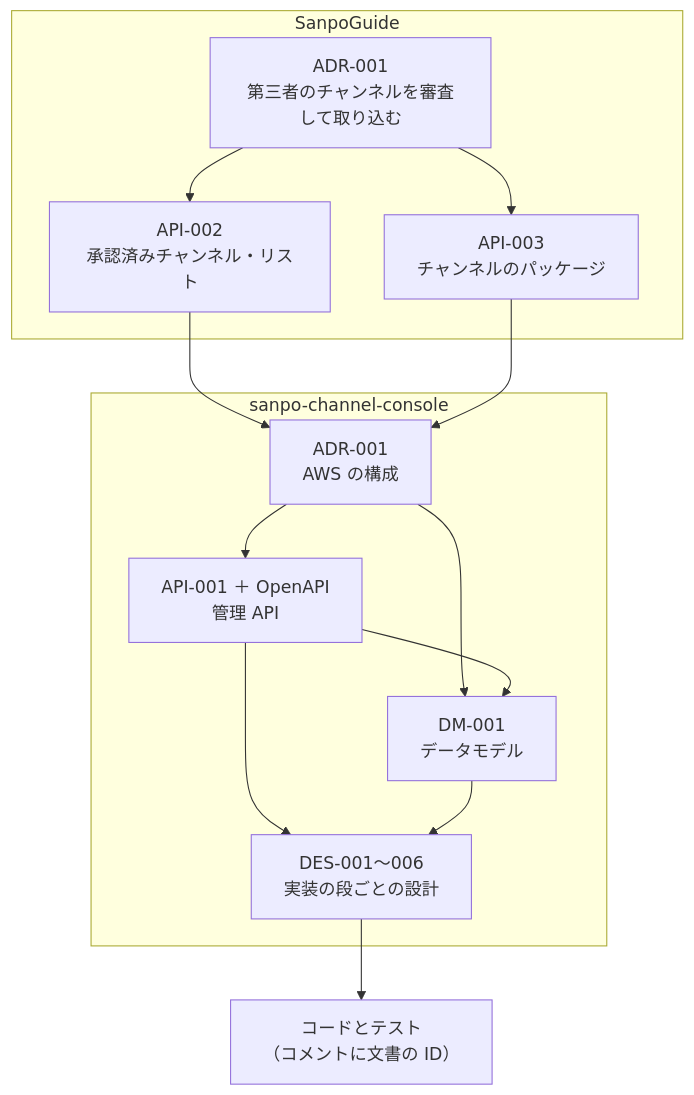
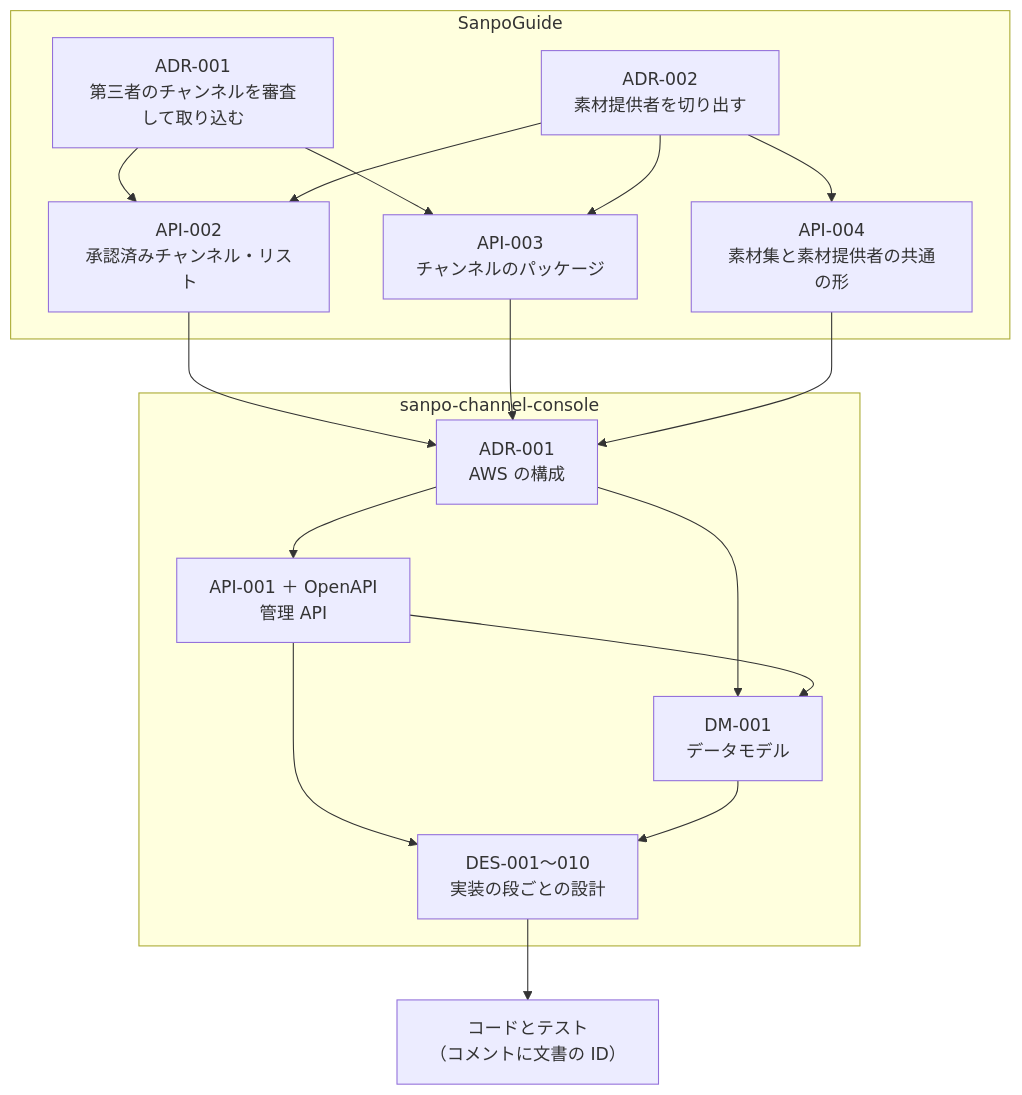
One commit to duwenji/yorisoi-tutorial changed the first of 2 diagrams in 09-console/05-docs.md. Above: the diagram before and after it, drawn with Mermaid. The commit also changed other lines of this file and 62 other files, not shown here.

````diff
--- a/09-console/05-docs.md
+++ b/09-console/05-docs.md
@@ -44,17 +44,21 @@
 ```mermaid
 flowchart TB
     subgraph SG["SanpoGuide"]
         SADR["ADR-001<br/>第三者のチャンネルを審査して取り込む"] --> API2["API-002<br/>承認済みチャンネル・リスト"]
         SADR --> API3["API-003<br/>チャンネルのパッケージ"]
+        SADR2["ADR-002<br/>素材提供者を切り出す"] --> API4["API-004<br/>素材集と素材提供者の共通の形"]
+        SADR2 --> API2
+        SADR2 --> API3
     end
     subgraph CC["sanpo-channel-console"]
         ADR["ADR-001<br/>AWS の構成"] --> API1["API-001 ＋ OpenAPI<br/>管理 API"]
         ADR --> DM["DM-001<br/>データモデル"]
         API1 --> DM
-        API1 --> DES["DES-001〜006<br/>実装の段ごとの設計"]
+        API1 --> DES["DES-001〜010<br/>実装の段ごとの設計"]
         DM --> DES
     end
     API2 --> ADR
     API3 --> ADR
+    API4 --> ADR
     DES --> CODE["コードとテスト<br/>（コメントに文書の ID）"]
 ```
````
